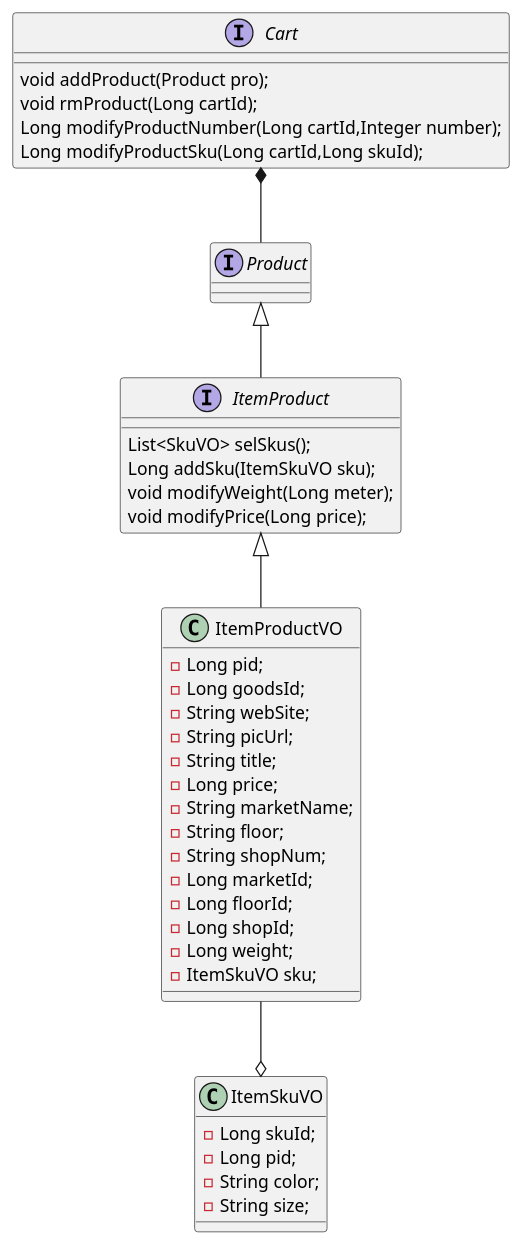
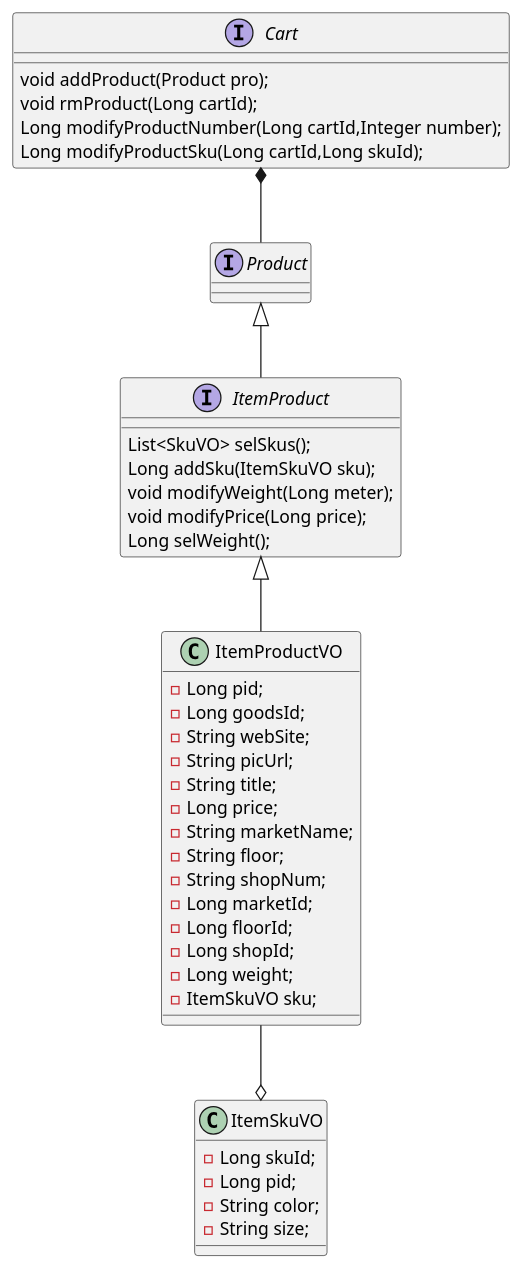
Before and after one commit to pogy/main-pom: the diagram in main4-order/main4-order-api/src/main/resources/cartAndProduct.puml, drawn with PlantUML. The commit also changed 3 other files, not shown here.

```diff
--- a/main4-order/main4-order-api/src/main/resources/cartAndProduct.puml
+++ b/main4-order/main4-order-api/src/main/resources/cartAndProduct.puml
@@ -1,50 +1,51 @@
 @startuml
 
 interface Cart{
 void addProduct(Product pro);
 void rmProduct(Long cartId);
 Long modifyProductNumber(Long cartId,Integer number);
 Long modifyProductSku(Long cartId,Long skuId);
 }
 
 interface Product{
 
 }
 
 interface ItemProduct{
 List<SkuVO> selSkus();
 Long addSku(ItemSkuVO sku);
 void modifyWeight(Long meter);
 void modifyPrice(Long price);
+Long selWeight();
 }
 
 class ItemProductVO{
 -Long pid;
 -Long goodsId;
 -String webSite;
 -String picUrl;
 -String title;
 -Long price;
 -String marketName;
 -String floor;
 -String shopNum;
 -Long marketId;
 -Long floorId;
 -Long shopId;
 -Long weight;
 -ItemSkuVO sku;
 }
 
 class ItemSkuVO{
 -Long skuId;
 -Long pid;
 -String color;
 -String size;
 }
 
 Cart *-- Product
 Product <|-- ItemProduct
 ItemProduct <|-- ItemProductVO
 ItemProductVO --o ItemSkuVO
 
 @enduml
```
